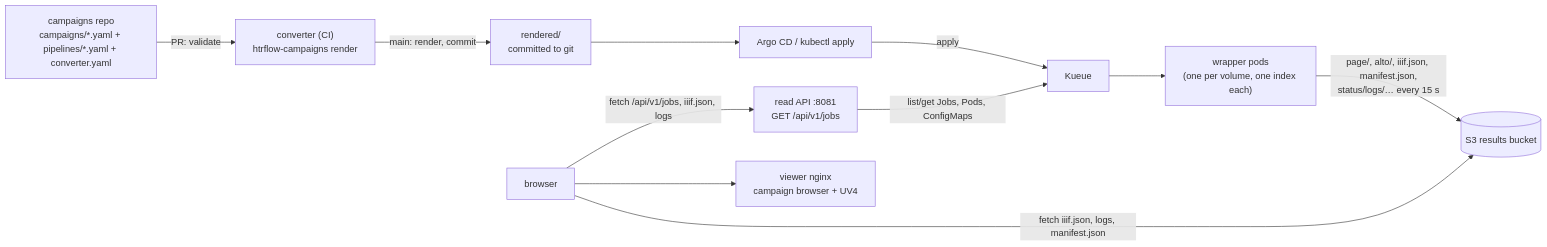
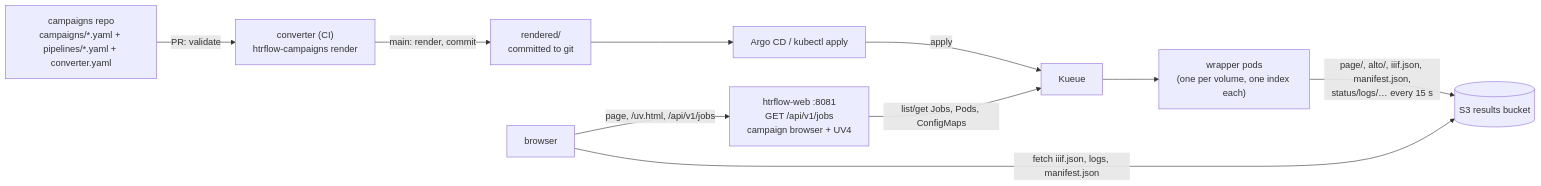
The diagram in docs/how-it-works/campaigns.md (AI-Riksarkivet/htrflow-batch), drawn with Mermaid before and after one commit. The commit also changed other lines of this file and 24 other files, not shown here.

First line of the commit message:
docs: the web front replaces the viewer and the read API (B63)

````diff
--- a/docs/how-it-works/campaigns.md
+++ b/docs/how-it-works/campaigns.md
@@ -39,22 +39,20 @@
 ```mermaid
 flowchart LR
     G["campaigns repo<br/>campaigns/*.yaml + pipelines/*.yaml + converter.yaml"]
     C["converter (CI)<br/>htrflow-campaigns render"]
     R["rendered/<br/>committed to git"]
     A["Argo CD / kubectl apply"]
     K["Kueue"]
     W["wrapper pods<br/>(one per volume, one index each)"]
     S[("S3 results bucket")]
-    API["read API :8081<br/>GET /api/v1/jobs"]
-    V["viewer nginx<br/>campaign browser + UV4"]
+    API["htrflow-web :8081<br/>GET /api/v1/jobs<br/>campaign browser + UV4"]
     B["browser"]
 
     G -->|"PR: validate"| C
     C -->|"main: render, commit"| R
     R --> A -->|apply| K --> W
     W -->|"page/, alto/, iiif.json, manifest.json,<br/>status/logs/… every 15 s"| S
     API -->|"list/get Jobs, Pods, ConfigMaps"| K
-    B -->|"fetch /api/v1/jobs, iiif.json, logs"| API
+    B -->|"page, /uv.html, /api/v1/jobs"| API
     B -->|"fetch iiif.json, logs, manifest.json"| S
-    B --> V
 ```
````
